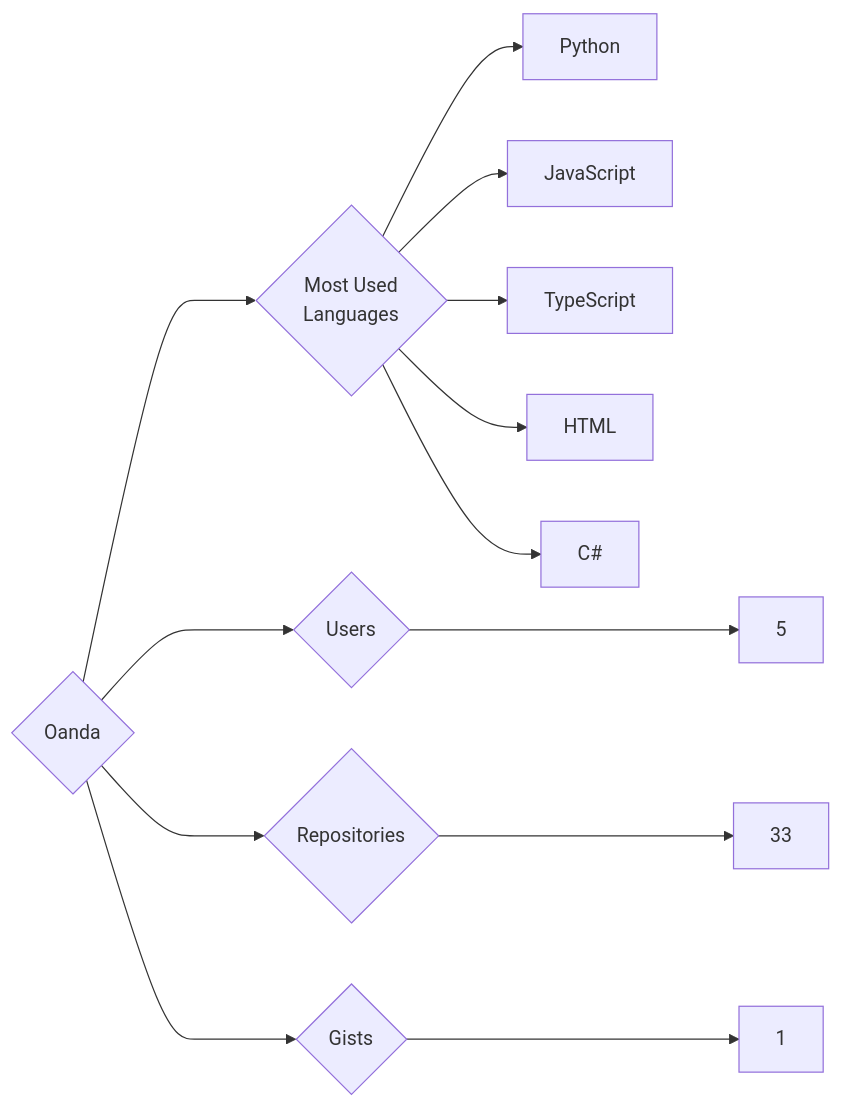
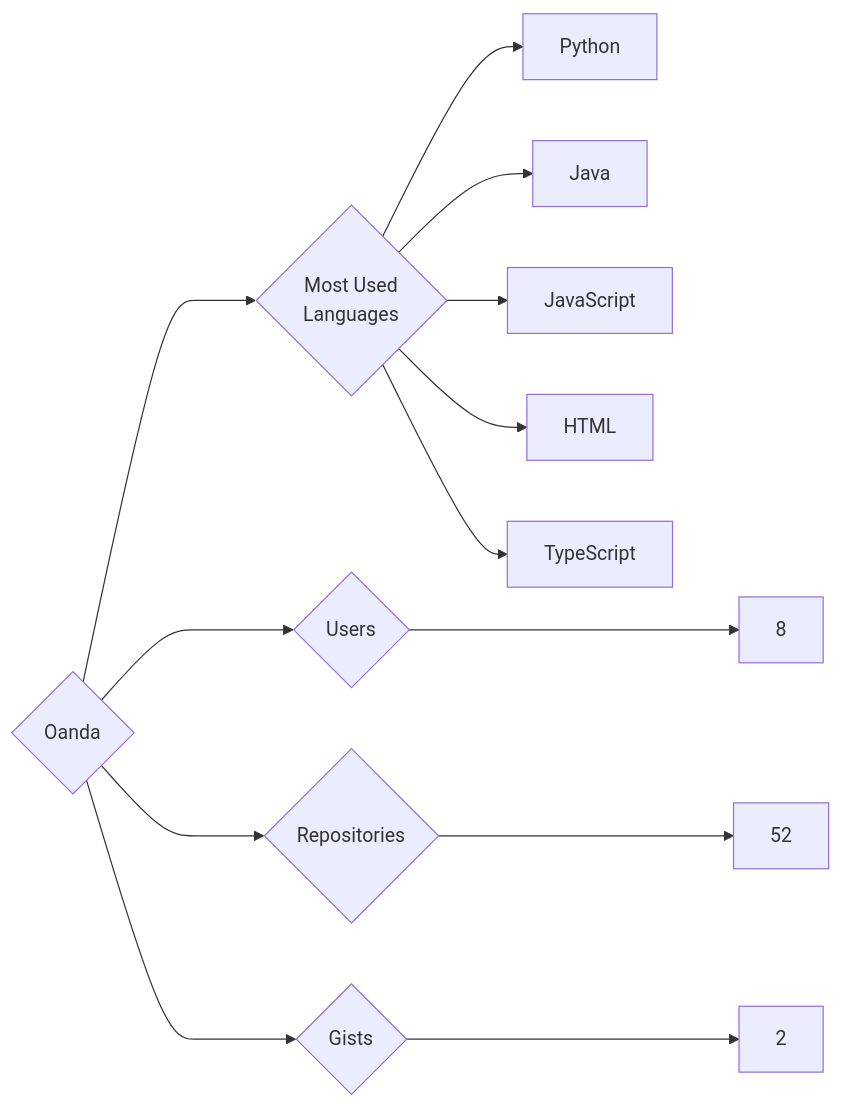
One commit to trickest/insiders changed the diagram in targets/Oanda/README.md. Above: the diagram before and after it, drawn with Mermaid. The commit also changed 1389 other files, not shown here.

````diff
--- a/targets/Oanda/README.md
+++ b/targets/Oanda/README.md
@@ -3,13 +3,13 @@
 ```mermaid
 graph LR
 COMPANY_NAME{Oanda}
-COMPANY_NAME ---> U{Users} ---> UN[5]
-COMPANY_NAME ---> R{Repositories} ---> RN[33]
-COMPANY_NAME ---> G{Gists} ---> GN[1]
+COMPANY_NAME ---> U{Users} ---> UN[8]
+COMPANY_NAME ---> R{Repositories} ---> RN[52]
+COMPANY_NAME ---> G{Gists} ---> GN[2]
 COMPANY_NAME ---> ML{Most Used<br>Languages}
 ML --> Python[Python]
+ML --> Java[Java]
 ML --> JavaScript[JavaScript]
+ML --> HTML[HTML]
 ML --> TypeScript[TypeScript]
-ML --> HTML[HTML]
-ML --> C#[C#]
 ```
````
